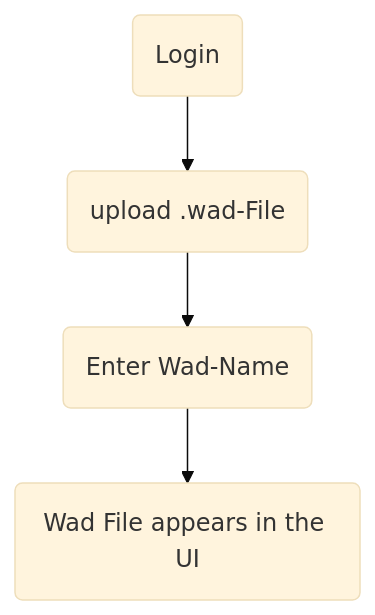
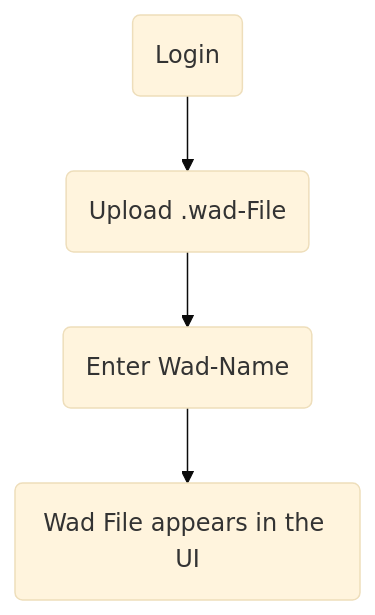
One commit to Lukas-Hoernle/WAD-Loader-3 changed the third of 7 diagrams in documentation/usecases.md. Above: the diagram before and after it, drawn with Mermaid (base theme). The commit also changed other lines of this file, not shown here.

````diff
--- a/documentation/usecases.md
+++ b/documentation/usecases.md
@@ -74,6 +27,6 @@
 ```mermaid
 graph
-A(Login) -->B(upload .wad-File)
-    B --> C(Enter Wad-Name)
-    C --> D(Wad File appears in the UI)
+A(Login) --> B(Upload .wad-File)
+B --> C(Enter Wad-Name)
+C --> D(Wad File appears in the UI)
 ```
````
